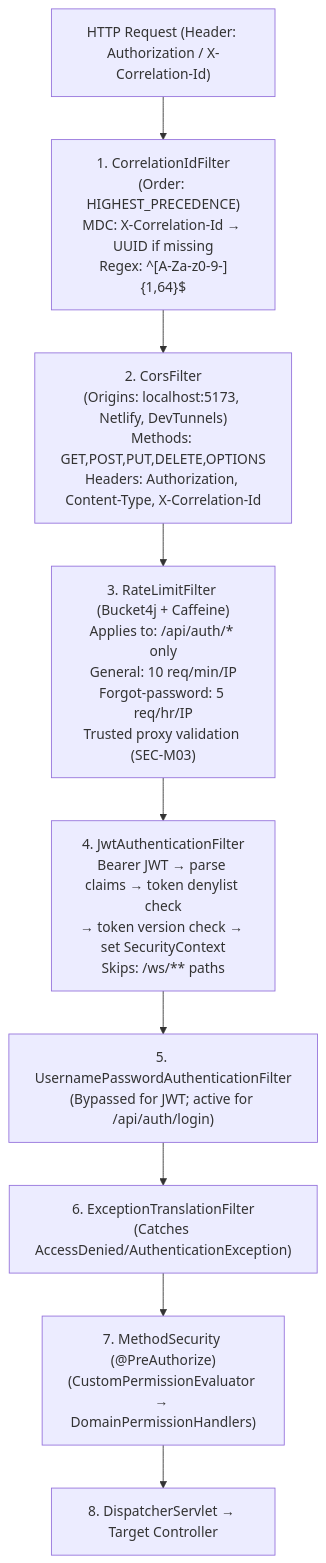
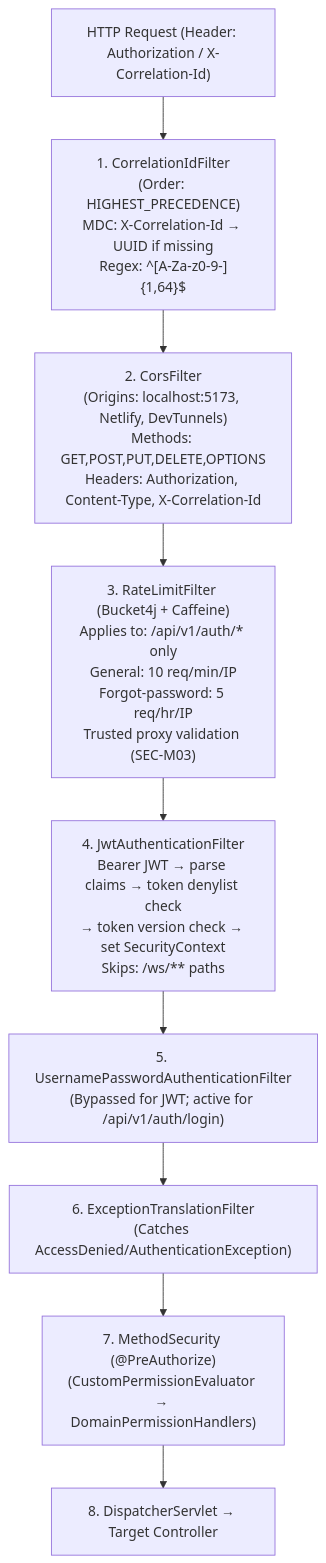
The diagram in docs/security.md (srikarthickeyanganapathy/Ryokai_backend), drawn with Mermaid before and after one commit. The commit also changed other lines of this file and 32 other files, not shown here.

````diff
--- a/docs/security.md
+++ b/docs/security.md
@@ -9,11 +9,11 @@
 ```mermaid
 graph TD
     ClientRequest["HTTP Request (Header: Authorization / X-Correlation-Id)"] --> CorrelationIdFilter["1. CorrelationIdFilter<br/>(Order: HIGHEST_PRECEDENCE)<br/>MDC: X-Correlation-Id → UUID if missing<br/>Regex: ^[A-Za-z0-9-]{1,64}$"]
     CorrelationIdFilter --> CorsFilter["2. CorsFilter<br/>(Origins: localhost:5173, Netlify, DevTunnels)<br/>Methods: GET,POST,PUT,DELETE,OPTIONS<br/>Headers: Authorization, Content-Type, X-Correlation-Id"]
-    CorsFilter --> RateLimitFilter["3. RateLimitFilter (Bucket4j + Caffeine)<br/>Applies to: /api/auth/* only<br/>General: 10 req/min/IP<br/>Forgot-password: 5 req/hr/IP<br/>Trusted proxy validation (SEC-M03)"]
+    CorsFilter --> RateLimitFilter["3. RateLimitFilter (Bucket4j + Caffeine)<br/>Applies to: /api/v1/auth/* only<br/>General: 10 req/min/IP<br/>Forgot-password: 5 req/hr/IP<br/>Trusted proxy validation (SEC-M03)"]
     RateLimitFilter --> JwtAuthFilter["4. JwtAuthenticationFilter<br/>Bearer JWT → parse claims → token denylist check<br/>→ token version check → set SecurityContext<br/>Skips: /ws/** paths"]
-    JwtAuthFilter --> UserAuthFilter["5. UsernamePasswordAuthenticationFilter<br/>(Bypassed for JWT; active for /api/auth/login)"]
+    JwtAuthFilter --> UserAuthFilter["5. UsernamePasswordAuthenticationFilter<br/>(Bypassed for JWT; active for /api/v1/auth/login)"]
     UserAuthFilter --> ExceptionFilter["6. ExceptionTranslationFilter<br/>(Catches AccessDenied/AuthenticationException)"]
     ExceptionFilter --> SecurityInterceptor["7. MethodSecurity (@PreAuthorize)<br/>(CustomPermissionEvaluator → DomainPermissionHandlers)"]
     SecurityInterceptor --> DispatcherServlet["8. DispatcherServlet → Target Controller"]
 ```
````
